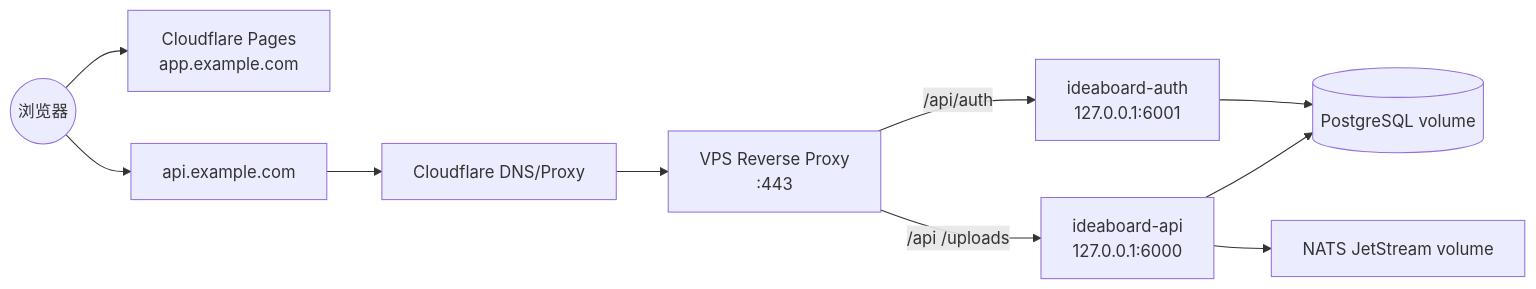
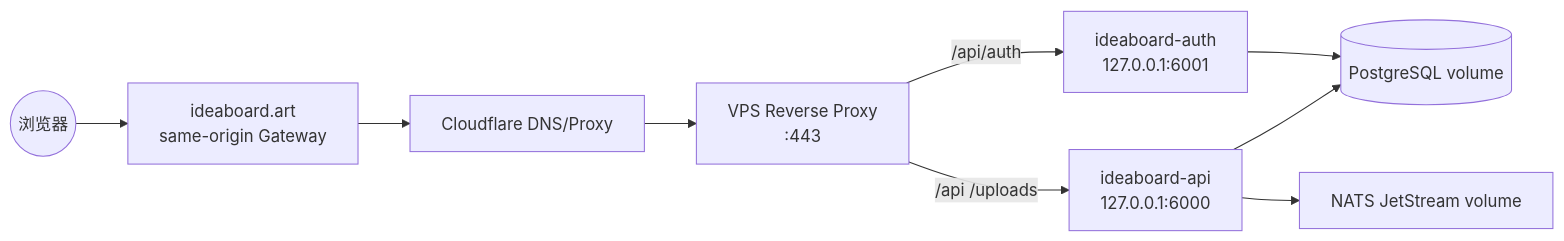
One commit to Ericsunsk/IdeaBoard changed the diagram in docs/runbooks/deployment.md. Above: the diagram before and after it, drawn with Mermaid. The commit also changed other lines of this file and 191 other files, not shown here.

First line of the commit message:
feat(gateway,search): establish same-origin gateway and server-side vision reference materialization

````diff
--- a/docs/runbooks/deployment.md
+++ b/docs/runbooks/deployment.md
@@ -35,12 +35,11 @@
 ```mermaid
 graph LR
-    Browser((浏览器)) --> Pages["Cloudflare Pages<br>app.example.com"]
-    Browser --> ApiDomain["api.example.com"]
-    ApiDomain --> CFProxy["Cloudflare DNS/Proxy"]
+    Browser((浏览器)) --> Gateway["ideaboard.art<br>same-origin Gateway"]
+    Gateway --> CFProxy["Cloudflare DNS/Proxy"]
     CFProxy --> EdgeProxy["VPS Reverse Proxy<br>:443"]
     EdgeProxy -- "/api/auth" --> Auth["ideaboard-auth<br>127.0.0.1:6001"]
     EdgeProxy -- "/api /uploads" --> API["ideaboard-api<br>127.0.0.1:6000"]
     Auth --> Postgres[("PostgreSQL volume")]
     API --> Postgres
     API --> NATS["NATS JetStream volume"]
 ```
````
